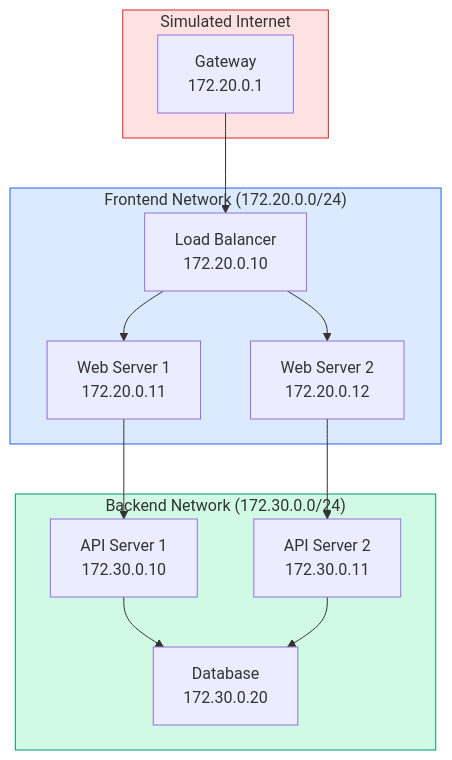
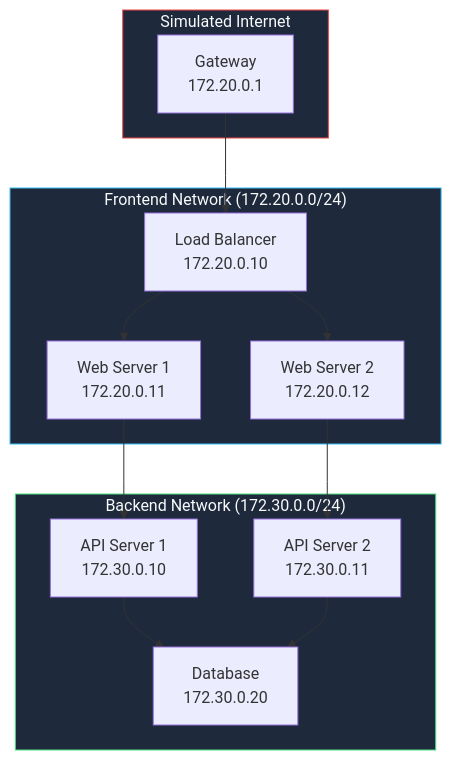
The fourth of 4 diagrams in sim/overview.mdx (KombiverseLabs/docs), drawn with Mermaid before and after one commit. The commit also changed other lines of this file and 33 other files, not shown here.

````diff
--- a/sim/overview.mdx
+++ b/sim/overview.mdx
@@ -375,30 +373,30 @@
 ```mermaid
 graph TB
     subgraph Internet["Simulated Internet"]
         GW["Gateway<br/>172.20.0.1"]
     end
     
     subgraph Frontend["Frontend Network (172.20.0.0/24)"]
         LB["Load Balancer<br/>172.20.0.10"]
         Web1["Web Server 1<br/>172.20.0.11"]
         Web2["Web Server 2<br/>172.20.0.12"]
     end
     
     subgraph Backend["Backend Network (172.30.0.0/24)"]
         API1["API Server 1<br/>172.30.0.10"]
         API2["API Server 2<br/>172.30.0.11"]
         DB["Database<br/>172.30.0.20"]
     end
     
     GW --> LB
     LB --> Web1
     LB --> Web2
     Web1 --> API1
     Web2 --> API2
     API1 --> DB
     API2 --> DB
     
-    style Internet fill:#fee2e2,stroke:#dc2626
-    style Frontend fill:#dbeafe,stroke:#2563eb
-    style Backend fill:#d1fae5,stroke:#059669
+    style Internet fill:#1e293b,stroke:#ef4444,color:#f8fafc
+    style Frontend fill:#1e293b,stroke:#38bdf8,color:#f8fafc
+    style Backend fill:#1e293b,stroke:#4ade80,color:#f8fafc
 ```
````
